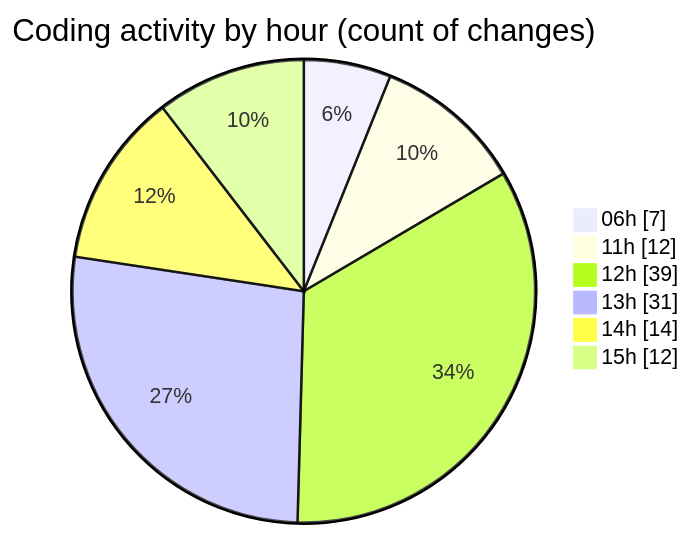
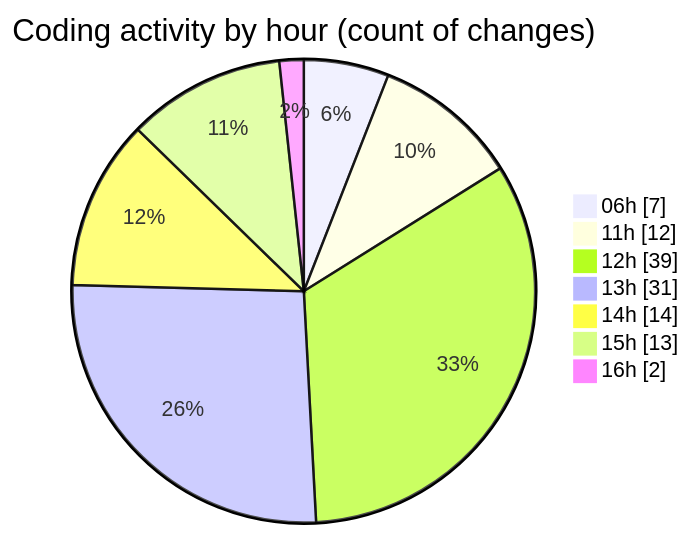
One commit to EIIisD/code-tracking changed the second of 2 diagrams in 2025-07-14/ribbon/README.md. Above: the diagram before and after it, drawn with Mermaid. The commit also changed other lines of this file and 1 other file, not shown here.

````diff
--- a/2025-07-14/ribbon/README.md
+++ b/2025-07-14/ribbon/README.md
@@ -65,10 +65,11 @@
 ```mermaid
 pie showData
 title Coding activity by hour (count of changes)
 "06h" : 7
 "11h" : 12
 "12h" : 39
 "13h" : 31
 "14h" : 14
-"15h" : 12
+"15h" : 13
+"16h" : 2
 ```
````
